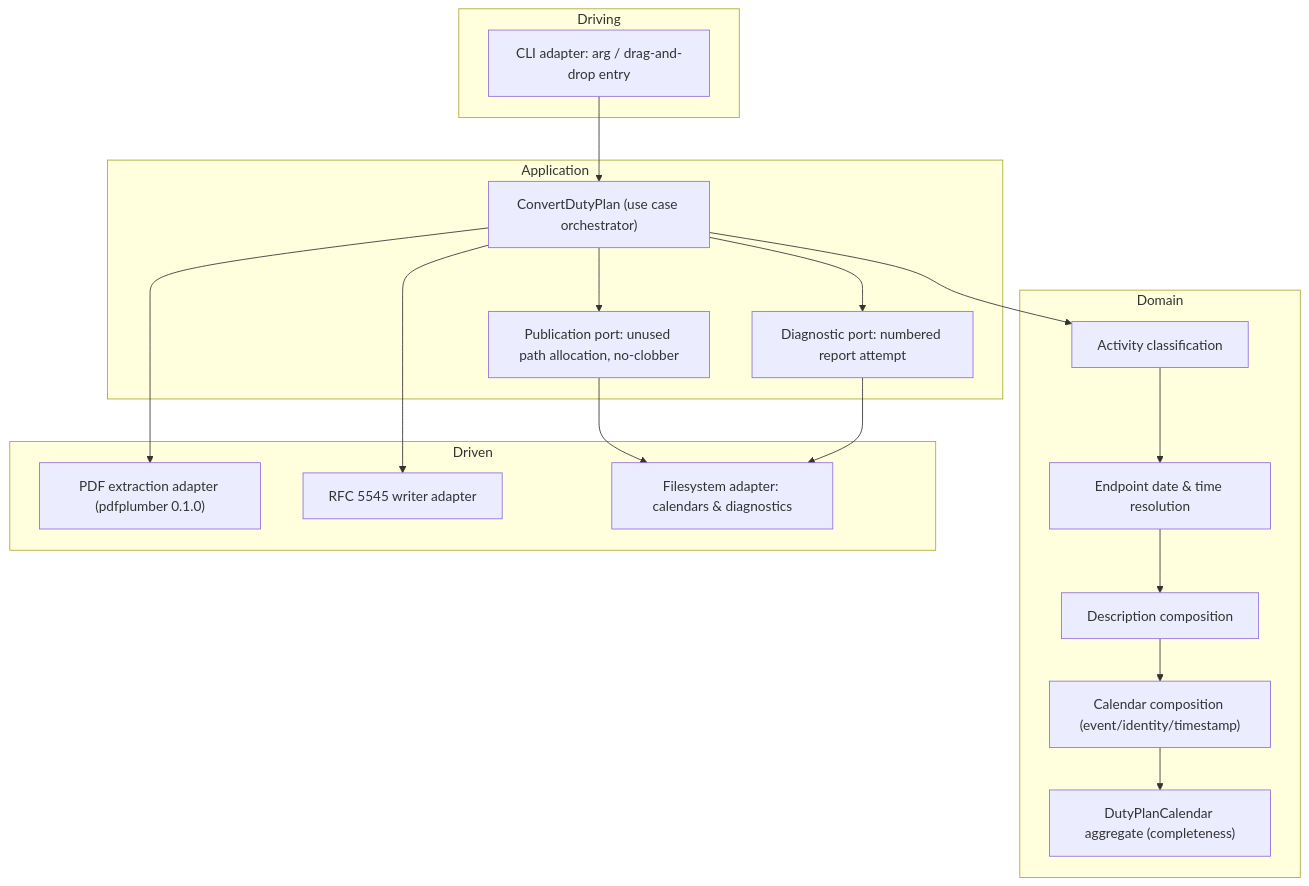
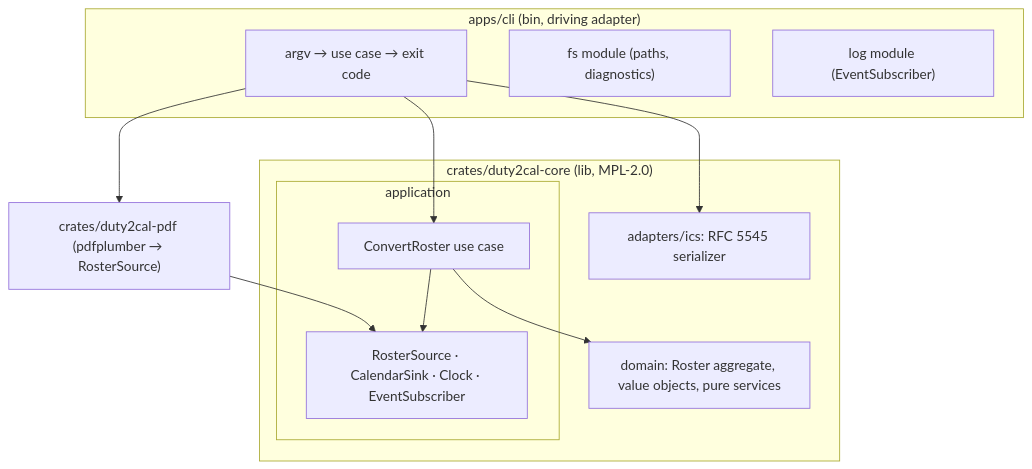
The diagram in givn/changes/export-released-roster-calendar/design.md (duty2cal/duty2cal), drawn with Mermaid before and after one commit. The commit also changed other lines of this file and 49 other files, not shown here.

First line of the commit message:
chore(export-released-roster-calendar): reconcile the operator brief and harden the plan

````diff
--- a/givn/changes/export-released-roster-calendar/design.md
+++ b/givn/changes/export-released-roster-calendar/design.md
@@ -31,29 +31,23 @@
 ```mermaid
 flowchart TB
-  subgraph Driving
-    CLI["CLI adapter: arg / drag-and-drop entry"]
+  subgraph app["apps/cli (bin, driving adapter)"]
+    CLI["argv → use case → exit code"]
+    FS["fs module (paths, diagnostics)"]
+    LOG["log module (EventSubscriber)"]
   end
-  subgraph Application
-    Convert["ConvertDutyPlan (use case orchestrator)"]
-    Pub["Publication port: unused path allocation, no-clobber"]
-    Diag["Diagnostic port: numbered report attempt"]
+  subgraph core["crates/duty2cal-core (lib, MPL-2.0)"]
+    subgraph appmod["application"]
+      Ports["RosterSource · CalendarSink · Clock · EventSubscriber"]
+      UC["ConvertRoster use case"]
+    end
+    DOM["domain: Roster aggregate, value objects, pure services"]
+    ICS["adapters/ics: RFC 5545 serializer"]
   end
-  subgraph Domain
-    Cls["Activity classification"]
-    Time["Endpoint date & time resolution"]
-    Desc["Description composition"]
-    Cal["Calendar composition (event/identity/timestamp)"]
-    Root["DutyPlanCalendar aggregate (completeness)"]
-  end
-  subgraph Driven
-    Extract["PDF extraction adapter (pdfplumber 0.1.0)"]
-    Writer["RFC 5545 writer adapter"]
-    FS["Filesystem adapter: calendars & diagnostics"]
-  end
-  CLI --> Convert
-  Convert --> Extract
-  Convert --> Cls --> Time --> Desc --> Cal --> Root
-  Convert --> Writer
-  Convert --> Pub --> FS
-  Convert --> Diag --> FS
+  PDF["crates/duty2cal-pdf (pdfplumber → RosterSource)"]
+  CLI --> UC
+  CLI --> PDF
+  CLI --> ICS
+  UC --> DOM
+  UC --> Ports
+  PDF --> Ports
 ```
````
